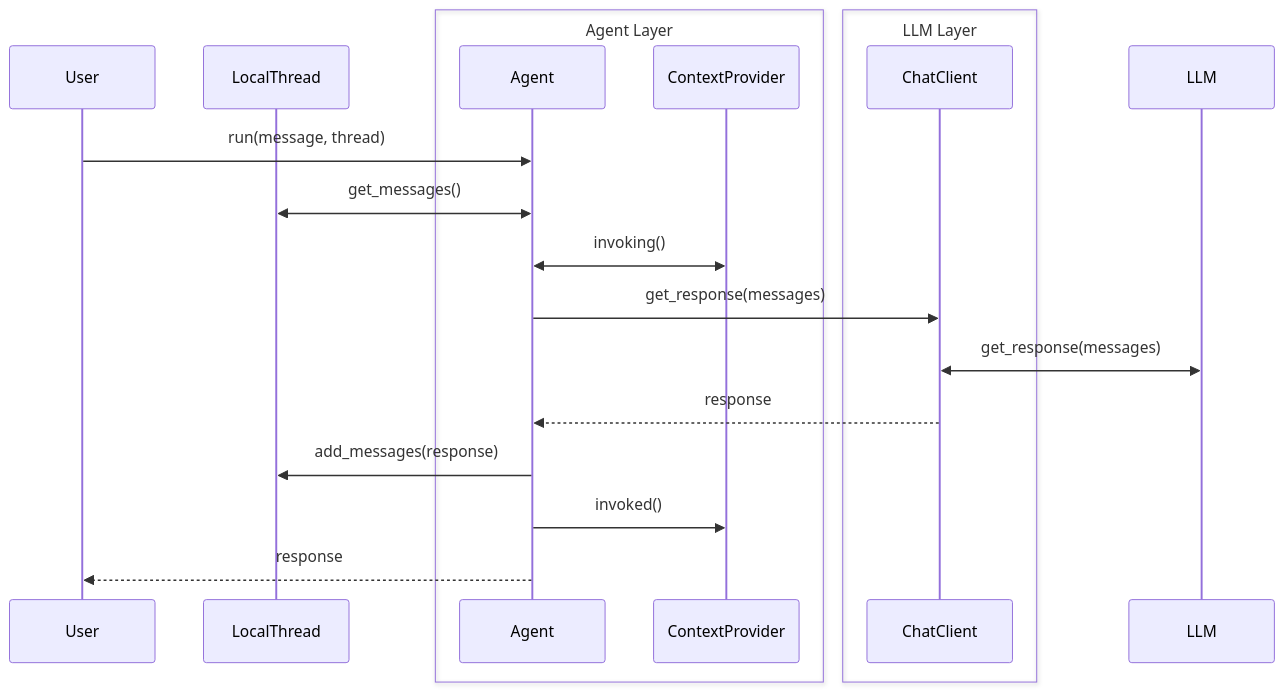
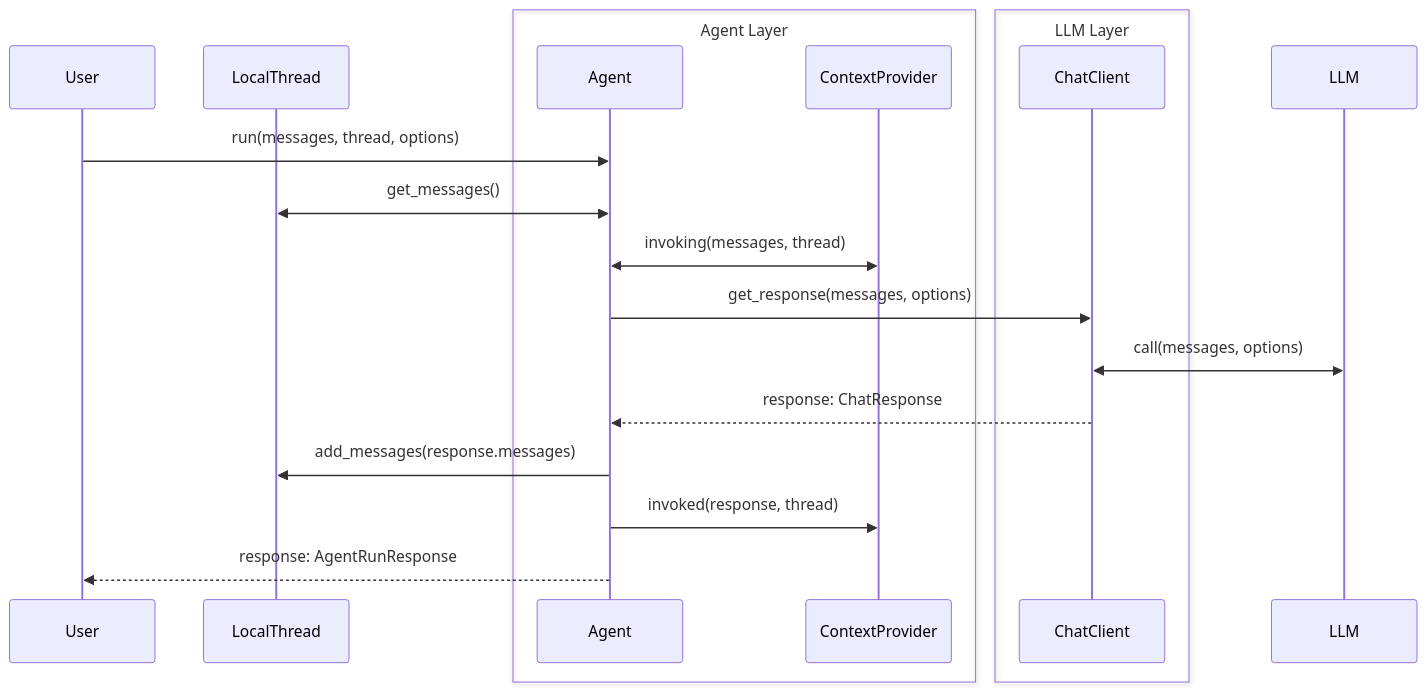
One commit to microsoft/agent-framework changed the fourth of 7 diagrams in docs/decisions/00XX-python-agent-threads.md. Above: the diagram before and after it, drawn with Mermaid. The commit also changed other lines of this file, not shown here.

Commit message:
updated flows

````diff
--- a/docs/decisions/00XX-python-agent-threads.md
+++ b/docs/decisions/00XX-python-agent-threads.md
@@ -164,23 +164,23 @@
 ```mermaid
 sequenceDiagram
         participant User
         participant LocalThread
     box Agent Layer
         participant Agent
         participant ContextProvider
     end
     box LLM Layer
         participant ChatClient
     end
         participant LLM
 
-    User->>Agent: run(message, thread)
+    User->>Agent: run(messages, thread, options)
     Agent<<->>LocalThread: get_messages()
-    Agent<<->>ContextProvider: invoking()
-    Agent->>ChatClient: get_response(messages)
-    ChatClient<<->>LLM: get_response(messages)
-    ChatClient-->>Agent: response
-    Agent->>LocalThread: add_messages(response)
-    Agent->>ContextProvider: invoked()
-    Agent-->>User: response
+    Agent<<->>ContextProvider: invoking(messages, thread)
+    Agent->>ChatClient: get_response(messages, options)
+    ChatClient<<->>LLM: call(messages, options)
+    ChatClient-->>Agent: response: ChatResponse
+    Agent->>LocalThread: add_messages(response.messages)
+    Agent->>ContextProvider: invoked(response, thread)
+    Agent-->>User: response: AgentRunResponse
 ```
````
